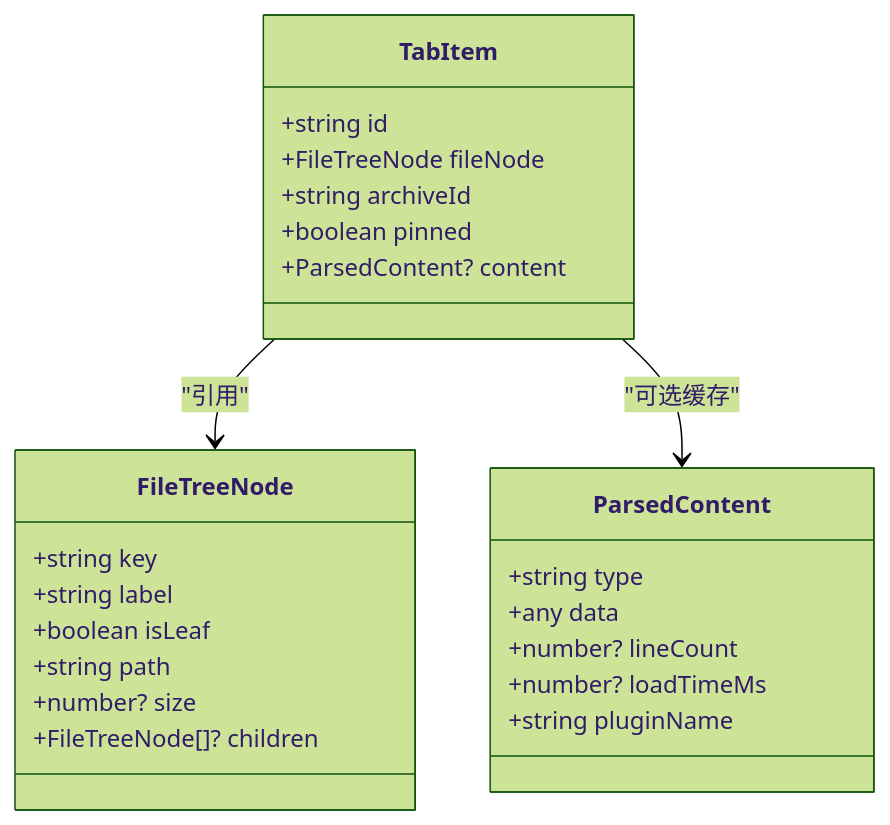
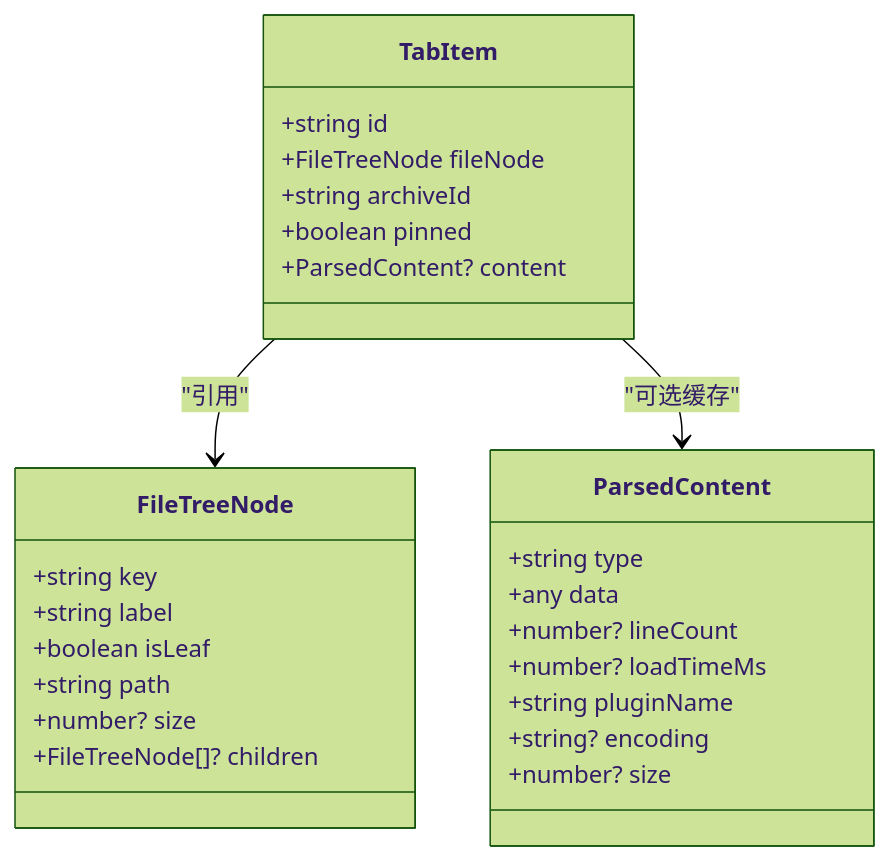
The third of 6 diagrams in .qoder/repowiki/zh/content/架构设计/数据流模式/组合式函数数据逻辑/标签页管理组合函数.md (taoweidong/Hello-Tauri), drawn with Mermaid (forest theme) before and after one commit. The commit also changed other lines of this file and 67 other files, not shown here.

````diff
--- a/.qoder/repowiki/zh/content/架构设计/数据流模式/组合式函数数据逻辑/标签页管理组合函数.md
+++ b/.qoder/repowiki/zh/content/架构设计/数据流模式/组合式函数数据逻辑/标签页管理组合函数.md
@@ -156,27 +172,29 @@
 ```mermaid
 classDiagram
 class FileTreeNode {
 +string key
 +string label
 +boolean isLeaf
 +string path
 +number? size
 +FileTreeNode[]? children
 }
 class ParsedContent {
 +string type
 +any data
 +number? lineCount
 +number? loadTimeMs
 +string pluginName
++string? encoding
++number? size
 }
 class TabItem {
 +string id
 +FileTreeNode fileNode
 +string archiveId
 +boolean pinned
 +ParsedContent? content
 }
 TabItem --> FileTreeNode : "引用"
 TabItem --> ParsedContent : "可选缓存"
 ```
````
